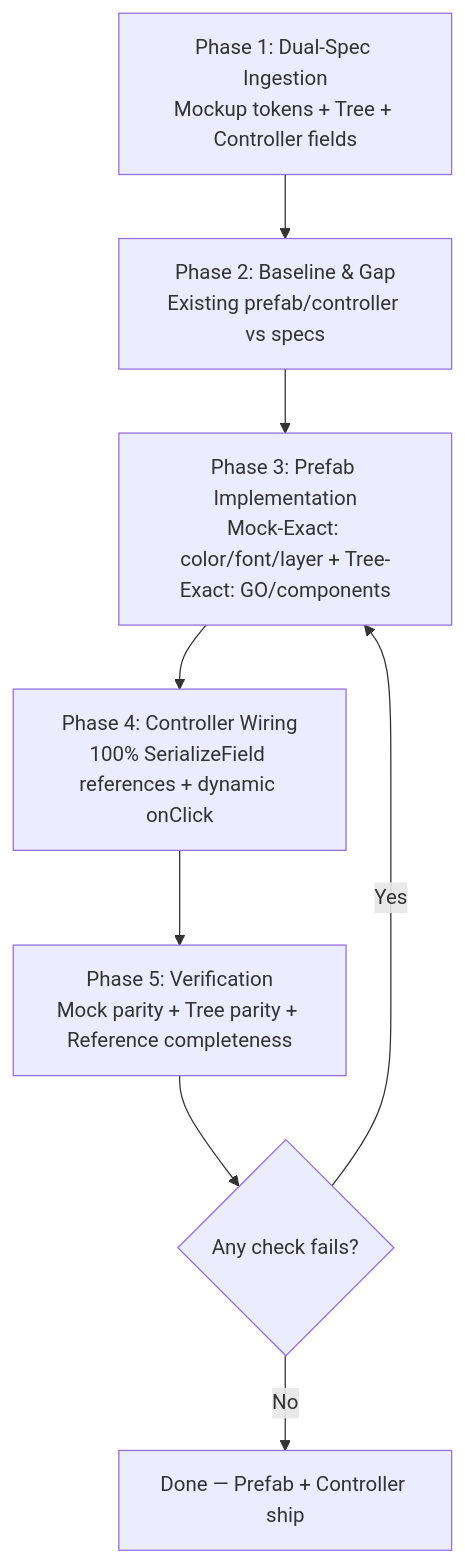
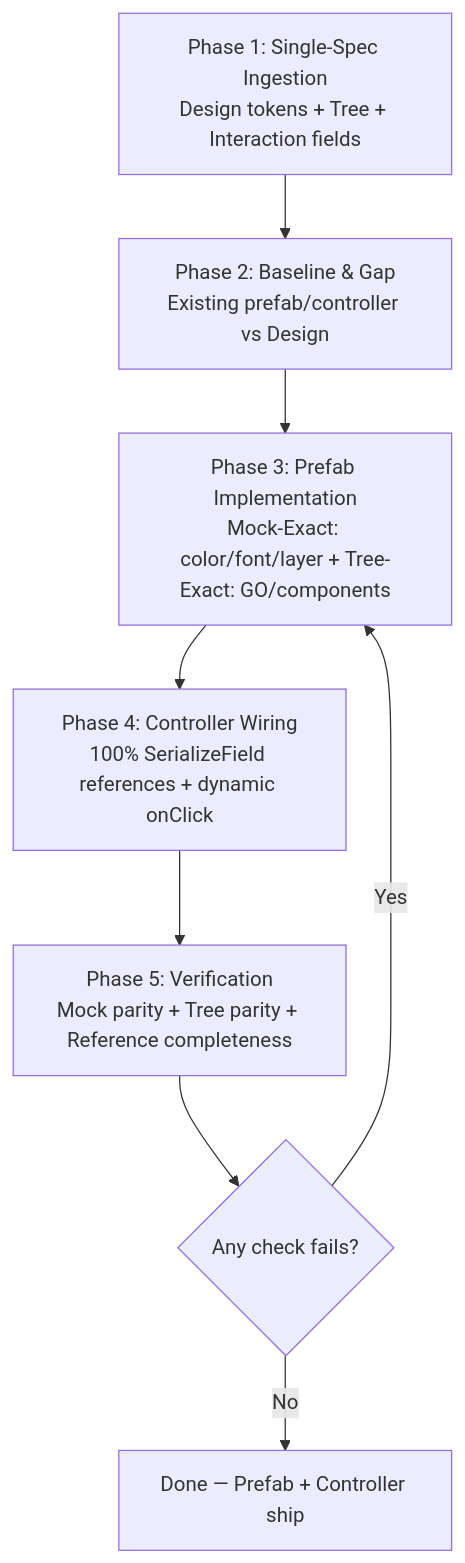
Before and after one commit to cuozg/oh-my-skills: the diagram in skills/unity-ui-implement/SKILL.md, drawn with Mermaid. The commit also changed other lines of this file and 7 other files, not shown here.

````diff
--- a/skills/unity-ui-implement/SKILL.md
+++ b/skills/unity-ui-implement/SKILL.md
@@ -56,10 +61,10 @@
 ```mermaid
 flowchart TD
-    A[Phase 1: Dual-Spec Ingestion<br/>Mockup tokens + Tree + Controller fields] --> B[Phase 2: Baseline & Gap<br/>Existing prefab/controller vs specs]
+    A[Phase 1: Single-Spec Ingestion<br/>Design tokens + Tree + Interaction fields] --> B[Phase 2: Baseline & Gap<br/>Existing prefab/controller vs Design]
     B --> C[Phase 3: Prefab Implementation<br/>Mock-Exact: color/font/layer + Tree-Exact: GO/components]
     C --> D[Phase 4: Controller Wiring<br/>100% SerializeField references + dynamic onClick]
     D --> E[Phase 5: Verification<br/>Mock parity + Tree parity + Reference completeness]
     E --> F{Any check fails?}
     F -->|Yes| C
     F -->|No| G[Done — Prefab + Controller ship]
 ```
````
